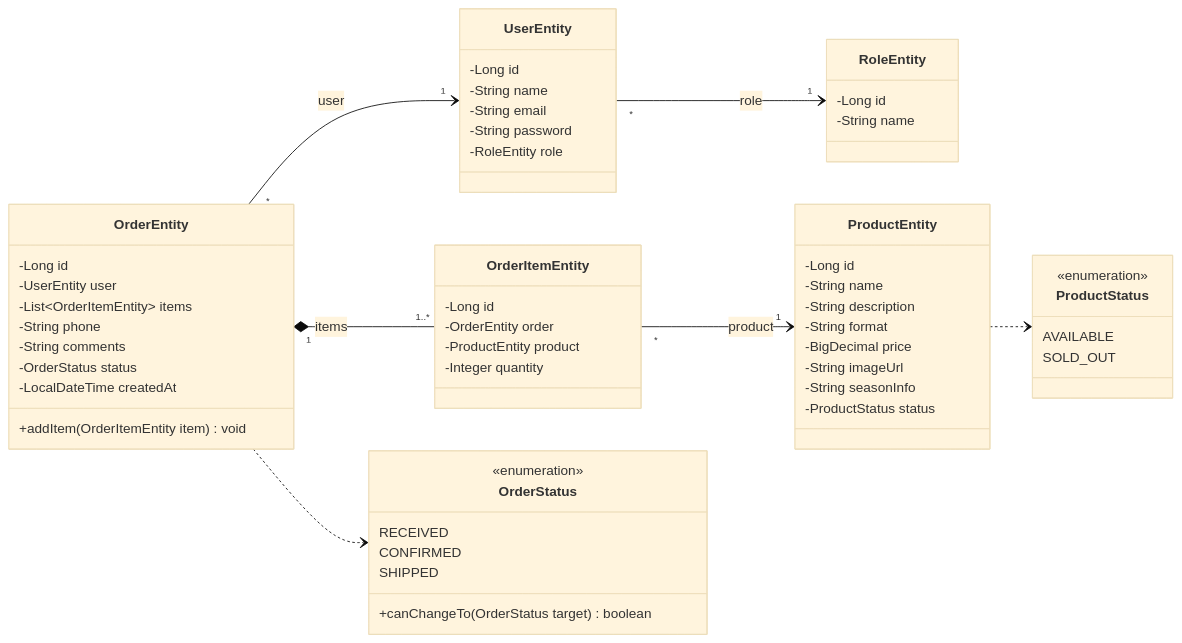
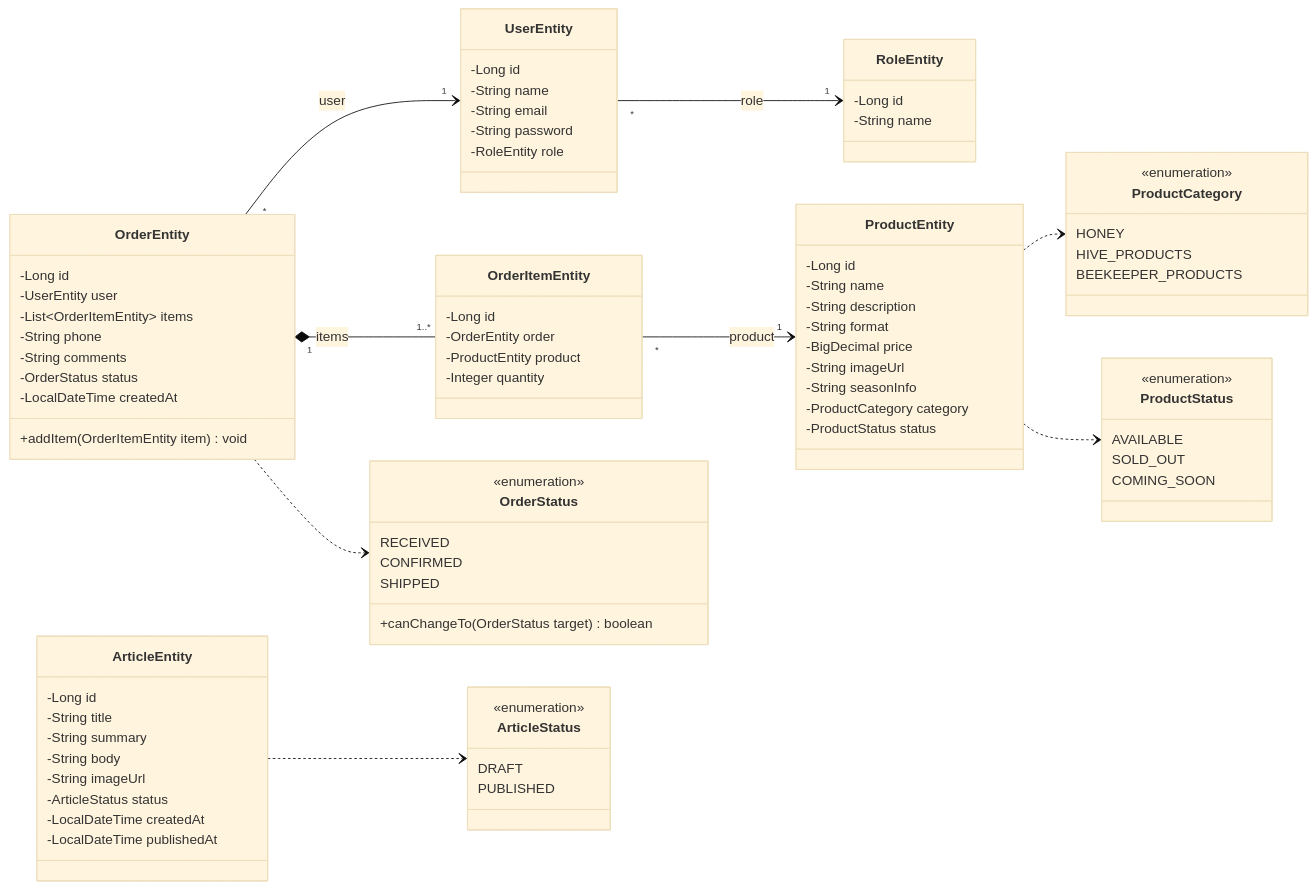
Before and after one commit to gmp395/mielchende-backend: the second of 3 diagrams in README.md, drawn with Mermaid (base theme). The commit also changed other lines of this file and 1 other file, not shown here.

````diff
--- a/README.md
+++ b/README.md
@@ -140,6 +153,7 @@
         -BigDecimal price
         -String imageUrl
         -String seasonInfo
+        -ProductCategory category
         -ProductStatus status
     }
     class OrderEntity {
@@ -158,10 +172,27 @@
         -ProductEntity product
         -Integer quantity
     }
+    class ArticleEntity {
+        -Long id
+        -String title
+        -String summary
+        -String body
+        -String imageUrl
+        -ArticleStatus status
+        -LocalDateTime createdAt
+        -LocalDateTime publishedAt
+    }
+    class ProductCategory {
+        <<enumeration>>
+        HONEY
+        HIVE_PRODUCTS
+        BEEKEEPER_PRODUCTS
+    }
     class ProductStatus {
         <<enumeration>>
         AVAILABLE
         SOLD_OUT
+        COMING_SOON
     }
     class OrderStatus {
         <<enumeration>>
@@ -170,11 +201,18 @@
         SHIPPED
         +canChangeTo(OrderStatus target) boolean
     }
+    class ArticleStatus {
+        <<enumeration>>
+        DRAFT
+        PUBLISHED
+    }
 
     UserEntity "*" --> "1" RoleEntity : role
     OrderEntity "*" --> "1" UserEntity : user
     OrderEntity "1" *-- "1..*" OrderItemEntity : items
     OrderItemEntity "*" --> "1" ProductEntity : product
+    ProductEntity ..> ProductCategory
     ProductEntity ..> ProductStatus
     OrderEntity ..> OrderStatus
+    ArticleEntity ..> ArticleStatus
 ```
````
